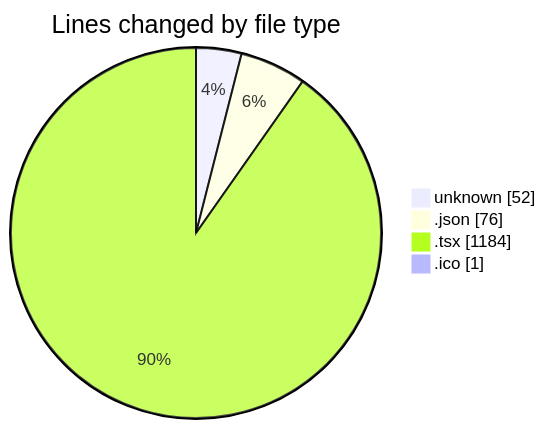
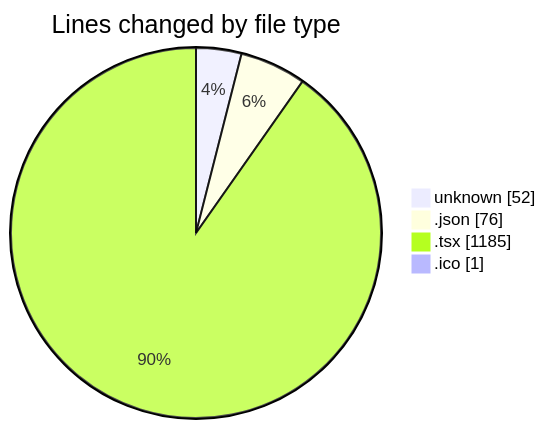
Before and after one commit to JenPaints/code-tracking: the first of 2 diagrams in 2025-06-28/navtech/README.md, drawn with Mermaid. The commit also changed other lines of this file and 1 other file, not shown here.

````diff
--- a/2025-06-28/navtech/README.md
+++ b/2025-06-28/navtech/README.md
@@ -28,8 +28,8 @@
 ```mermaid
 pie showData
 title Lines changed by file type
 "unknown" : 52
 ".json" : 76
-".tsx" : 1184
+".tsx" : 1185
 ".ico" : 1
 ```
````
